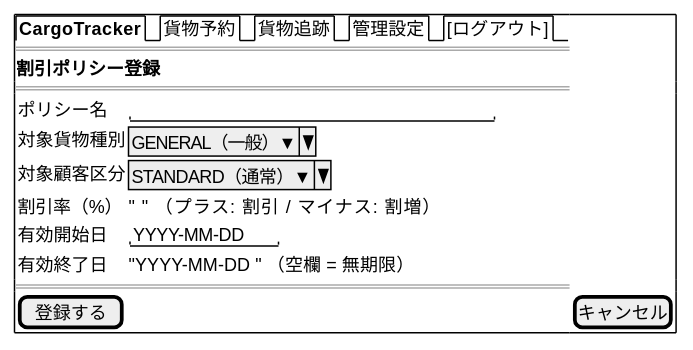
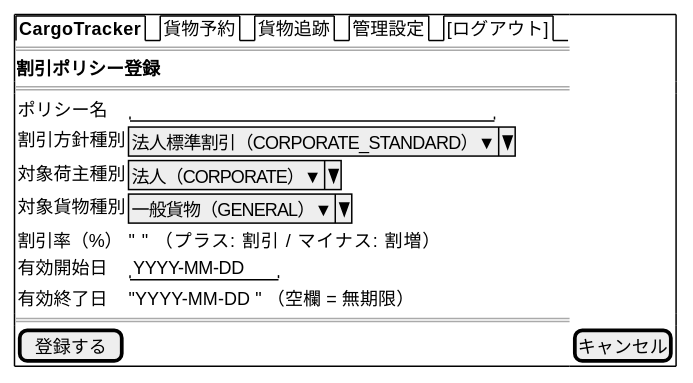
Before and after one commit to k2works/case-study-cargo-tracker: diagram 22 of 23 in docs/design/ui_design.md, drawn with PlantUML. The commit also changed other lines of this file, not shown here.

````diff
--- a/docs/design/ui_design.md
+++ b/docs/design/ui_design.md
@@ -897,20 +1170,21 @@
 ```plantuml
 @startsalt
 {+
   {/ <b>CargoTracker</b> | 貨物予約 | 貨物追跡 | 管理設定 | [ログアウト] }
   ==
   <b>割引ポリシー登録</b>
   ==
   {
     ポリシー名       | "                              "
-    対象貨物種別     | ^GENERAL（一般）▼^
-    対象顧客区分     | ^STANDARD（通常）▼^
+    割引方針種別     | ^法人標準割引（CORPORATE_STANDARD）▼^
+    対象荷主種別     | ^法人（CORPORATE）▼^
+    対象貨物種別     | ^一般貨物（GENERAL）▼^
     割引率（%）      | "    "  （プラス: 割引 / マイナス: 割増）
     有効開始日       | "YYYY-MM-DD  "
     有効終了日       | "YYYY-MM-DD  " （空欄 = 無期限）
   }
   ==
   [  登録する  ] | [キャンセル]
 }
 @endsalt
 ```
````
